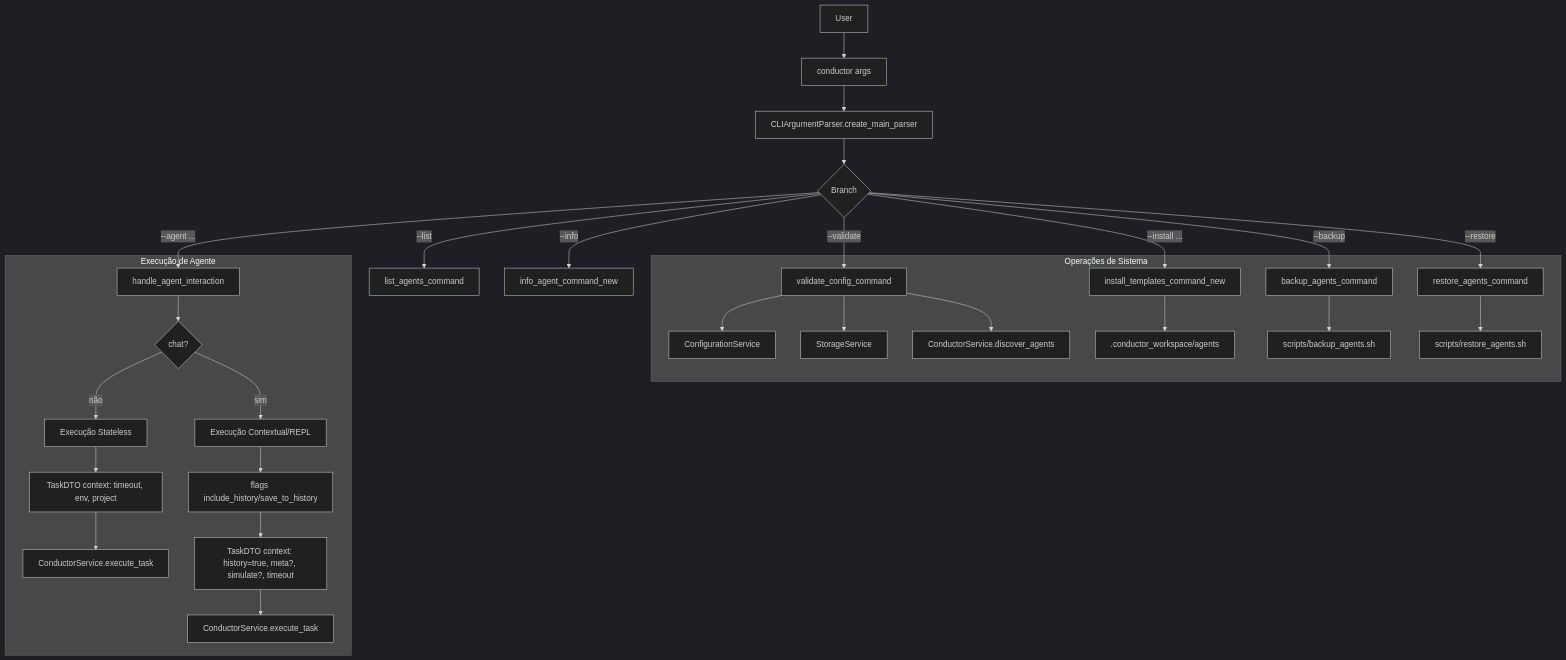
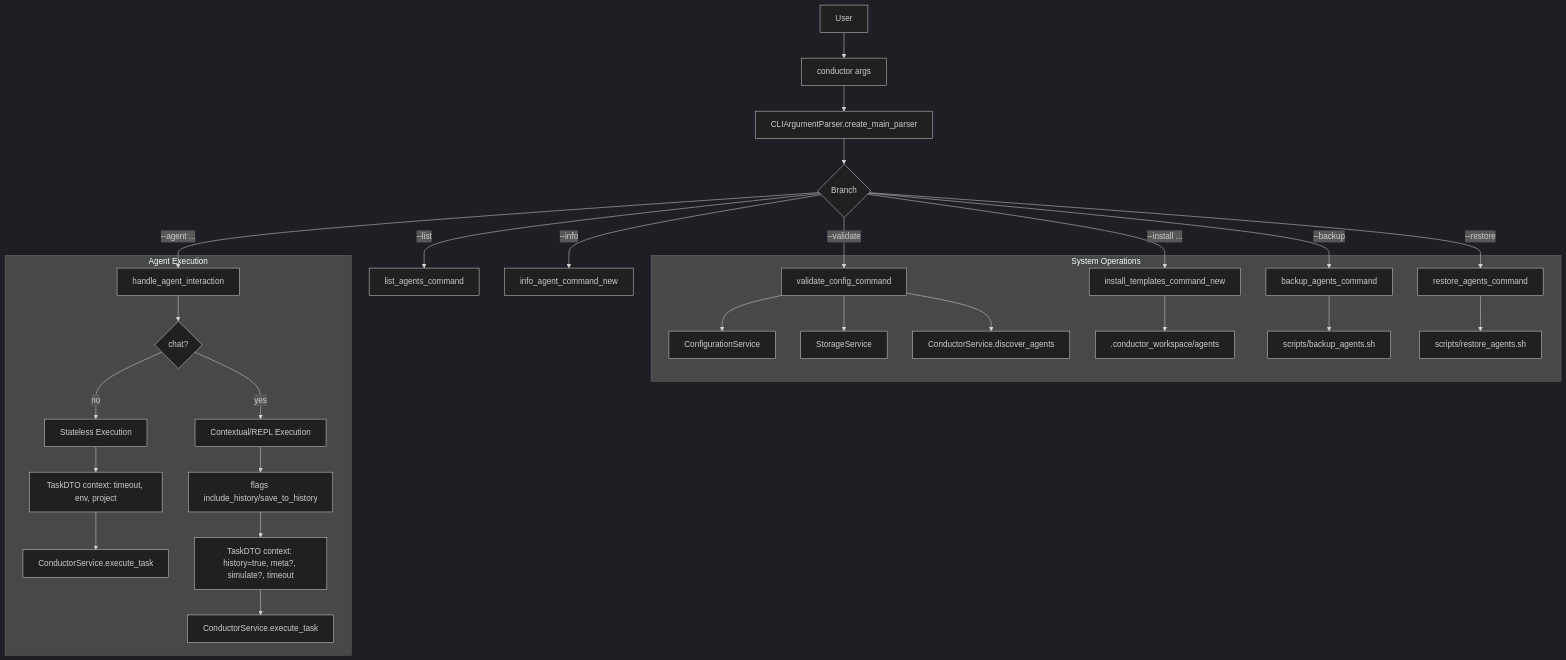
Before and after one commit to primoia/conductor: the diagram in docs/architecture/sequence-diagrams/cli-overview.md, drawn with Mermaid (dark theme). The commit also changed other lines of this file and 44 other files, not shown here.

````diff
--- a/docs/architecture/sequence-diagrams/cli-overview.md
+++ b/docs/architecture/sequence-diagrams/cli-overview.md
@@ -7,36 +7,36 @@
 ```mermaid
 flowchart TD
     A[User] --> B[conductor args]
     B --> C[CLIArgumentParser.create_main_parser]
     C --> D{Branch}
 
     D -->|--list| E[list_agents_command]
     D -->|--info <id>| F[info_agent_command_new]
     D -->|--validate| G[validate_config_command]
     D -->|--install ...| H[install_templates_command_new]
     D -->|--backup| I[backup_agents_command]
     D -->|--restore| J[restore_agents_command]
     D -->|--agent ...| K[handle_agent_interaction]
 
-    subgraph Operações de Sistema
+    subgraph System Operations
       G --> G1[ConfigurationService]
       G --> G2[StorageService]
       G --> G3[ConductorService.discover_agents]
       H --> H1[.conductor_workspace/agents]
       I --> I1[scripts/backup_agents.sh]
       J --> J1[scripts/restore_agents.sh]
     end
 
-    subgraph Execução de Agente
+    subgraph Agent Execution
       K --> K1{chat?}
-      K1 -->|não| K2[Execução Stateless]
-      K1 -->|sim| K3[Execução Contextual/REPL]
+      K1 -->|no| K2[Stateless Execution]
+      K1 -->|yes| K3[Contextual/REPL Execution]
 
       K2 --> K2a[TaskDTO context: timeout, env, project]
       K2a --> K2b[ConductorService.execute_task]
 
       K3 --> K3a[flags include_history/save_to_history]
       K3a --> K3b[TaskDTO context: history=true, meta?, simulate?, timeout]
       K3b --> K3c[ConductorService.execute_task]
     end
 ```
````
